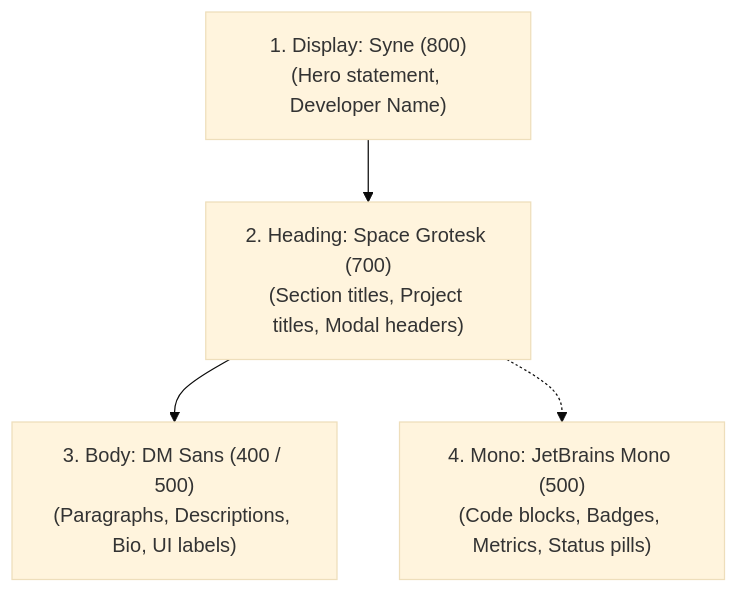
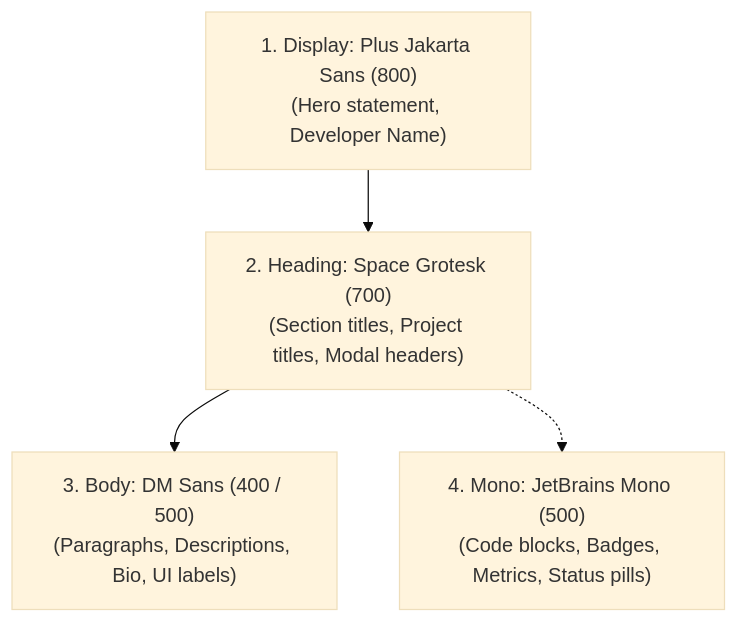
One commit to nmrisrl11/nmrisrl-v3 changed the diagram in docs/03-typography.md. Above: the diagram before and after it, drawn with Mermaid (base theme). The commit also changed other lines of this file and 20 other files, not shown here.

Commit message:
feat(hero): implement 2-column hero layout, dual-track marquee, and plus jakarta sans typography

````diff
--- a/docs/03-typography.md
+++ b/docs/03-typography.md
@@ -7,10 +7,10 @@
 ```mermaid
 flowchart TD
-    D["1. Display: Syne (800)<br/>(Hero statement, Developer Name)"]
+    D["1. Display: Plus Jakarta Sans (800)<br/>(Hero statement, Developer Name)"]
     H["2. Heading: Space Grotesk (700)<br/>(Section titles, Project titles, Modal headers)"]
     B["3. Body: DM Sans (400 / 500)<br/>(Paragraphs, Descriptions, Bio, UI labels)"]
     M["4. Mono: JetBrains Mono (500)<br/>(Code blocks, Badges, Metrics, Status pills)"]
 
     D --> H --> B
     H -.-> M
 ```
````
